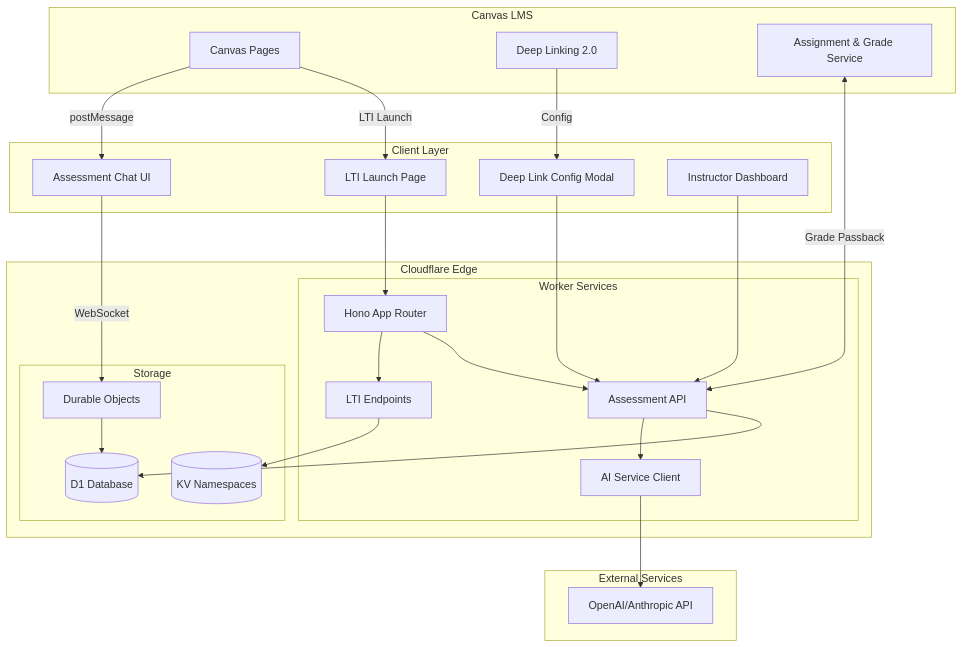
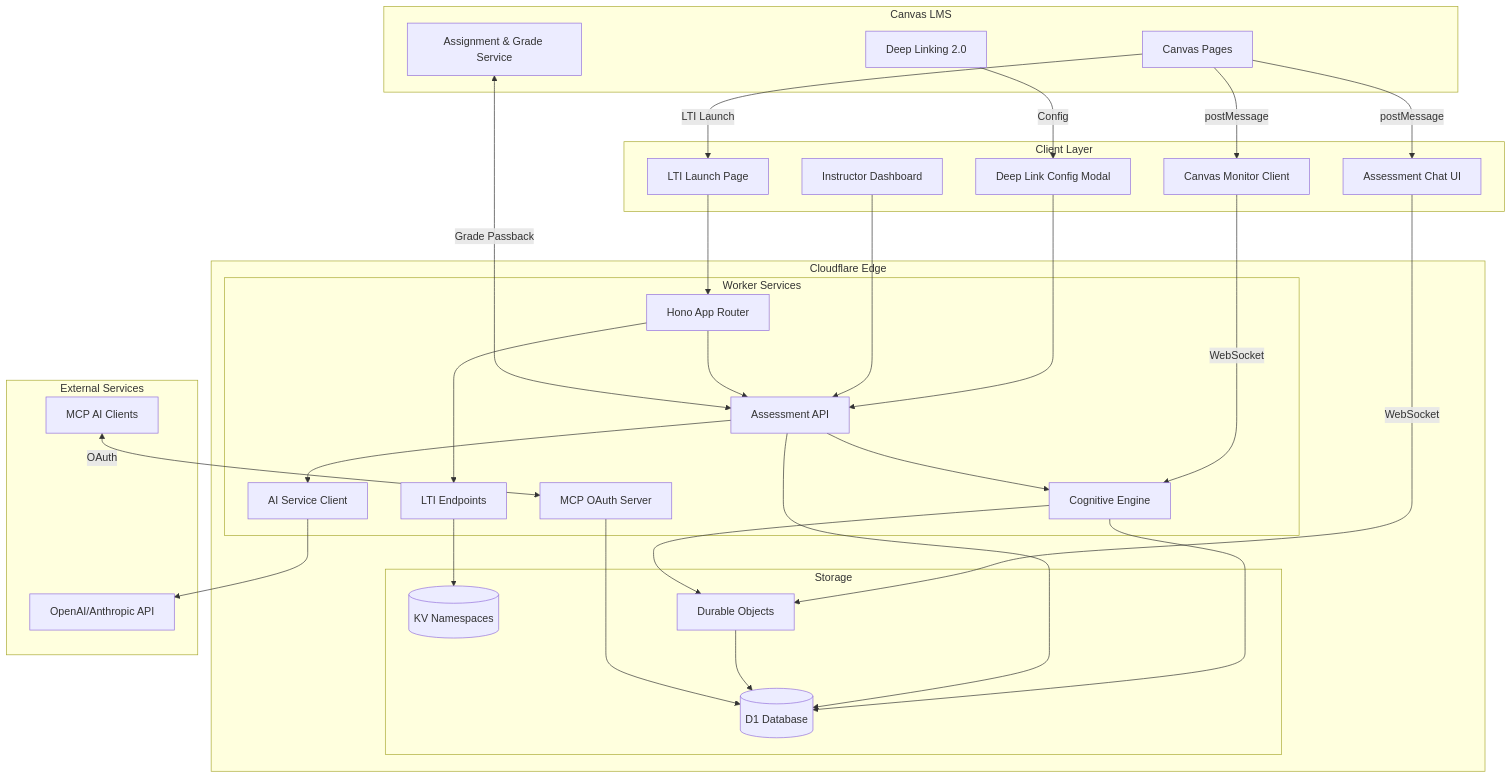
One commit to atomicjolt-com/atomic-guide changed the first of 6 diagrams in docs/architecture.md. Above: the diagram before and after it, drawn with Mermaid. The commit also changed other lines of this file and 5 other files, not shown here.

````diff
--- a/docs/architecture.md
+++ b/docs/architecture.md
@@ -58,54 +79,66 @@
 ```mermaid
 graph TB
     subgraph "Canvas LMS"
         Canvas[Canvas Pages]
         DeepLink[Deep Linking 2.0]
         AGS[Assignment & Grade Service]
     end
 
     subgraph "Client Layer"
         Launch[LTI Launch Page]
         AssessUI[Assessment Chat UI]
         ConfigModal[Deep Link Config Modal]
         Dashboard[Instructor Dashboard]
+        Monitor[Canvas Monitor Client]
     end
 
     subgraph "Cloudflare Edge"
         subgraph "Worker Services"
             Hono[Hono App Router]
             LTI[LTI Endpoints]
             AssessAPI[Assessment API]
             AIService[AI Service Client]
+            CogEngine[Cognitive Engine]
+            MCP[MCP OAuth Server]
         end
 
         subgraph "Storage"
             KV[(KV Namespaces)]
             D1[(D1 Database)]
             DO[Durable Objects]
         end
     end
 
     subgraph "External Services"
         OpenAI[OpenAI/Anthropic API]
+        MCPClient[MCP AI Clients]
     end
 
+    Canvas -->|postMessage| Monitor
     Canvas -->|postMessage| AssessUI
     Canvas -->|LTI Launch| Launch
     DeepLink -->|Config| ConfigModal
 
+    Monitor -->|WebSocket| CogEngine
     Launch --> Hono
     AssessUI -->|WebSocket| DO
     ConfigModal --> AssessAPI
     Dashboard --> AssessAPI
 
     Hono --> LTI
     Hono --> AssessAPI
     AssessAPI --> AIService
+    AssessAPI --> CogEngine
     AIService --> OpenAI
+    
+    CogEngine --> D1
+    CogEngine --> DO
 
     LTI --> KV
     AssessAPI --> D1
     DO --> D1
 
     AGS <-->|Grade Passback| AssessAPI
+    MCPClient <-->|OAuth| MCP
+    MCP --> D1
 ```
````
